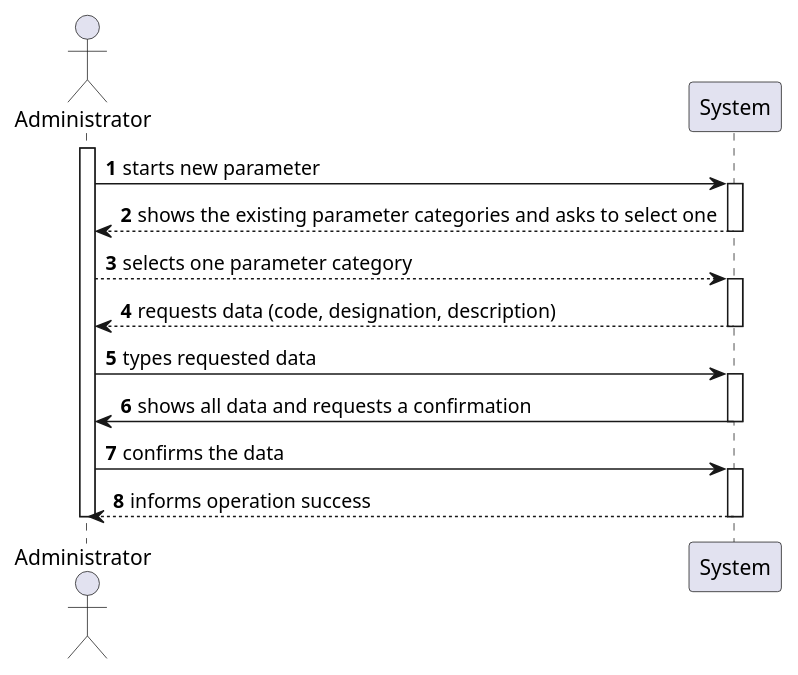
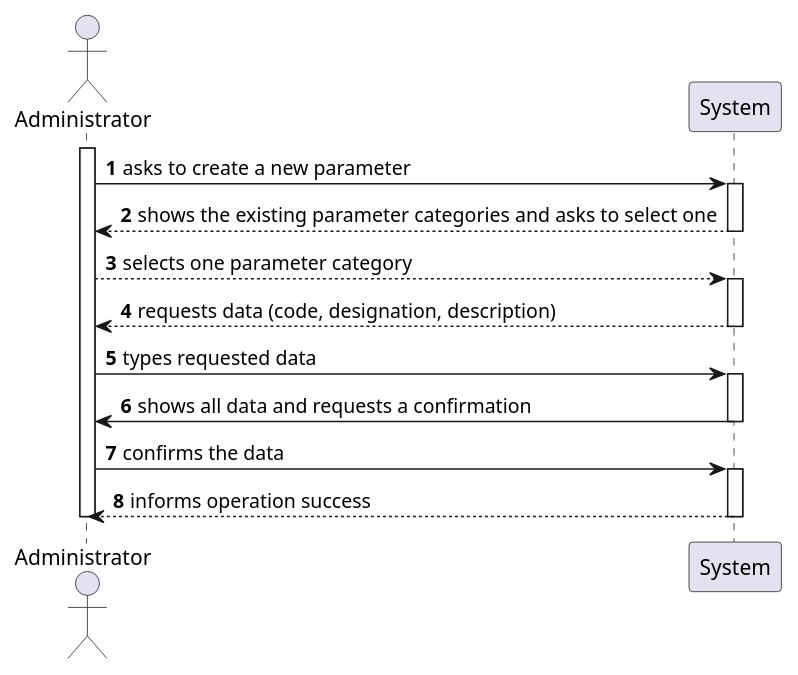
The diagram in docs/SprintB/US10/US10-SSD.puml (0franciscor/lei-21-s2-1de-g19), drawn with PlantUML before and after one commit. The commit also changed 2 other files, not shown here.

```diff
--- a/docs/SprintB/US10/US10-SSD.puml
+++ b/docs/SprintB/US10/US10-SSD.puml
@@ -1,20 +1,20 @@
 @startuml
 'https://plantuml.com/sequence-diagram
 
 autonumber
 
 actor Administrator as ADM
 activate ADM
 
-ADM -> System ++: starts new parameter
+ADM -> System ++: asks to create a new parameter
 System --> ADM --: shows the existing parameter categories and asks to select one
 ADM --> System ++: selects one parameter category
 System --> ADM --: requests data (code, designation, description)
 ADM -> System ++: types requested data
 System -> ADM --: shows all data and requests a confirmation
 ADM -> System ++: confirms the data
 System --> ADM --: informs operation success
 
 deactivate ADM
 
 @enduml
```
